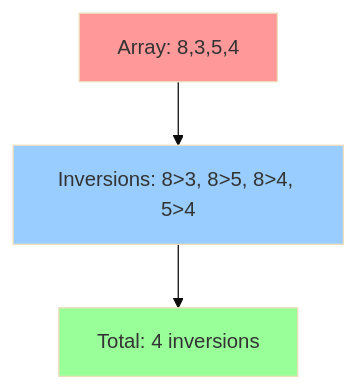
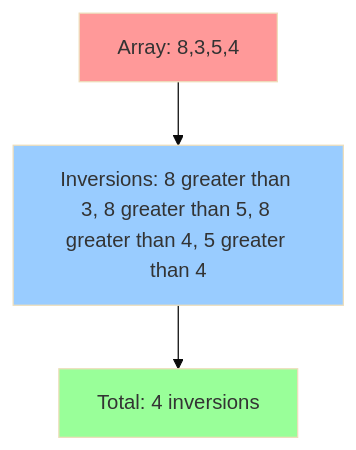
Before and after one commit to proxyroot/proxyroot.github.io: the sixth of 8 diagrams in _posts/2025-02-12-divide-and-conquer.markdown, drawn with Mermaid (base theme). The commit also changed other lines of this file, not shown here.

````diff
--- a/_posts/2025-02-12-divide-and-conquer.markdown
+++ b/_posts/2025-02-12-divide-and-conquer.markdown
@@ -336,12 +336,12 @@
 ```mermaid
 graph TD
     Start[Array: 8,3,5,4]
-    Inversions[Inversions: 8>3, 8>5, 8>4, 5>4]
+    Inversions[Inversions: 8 greater than 3, 8 greater than 5, 8 greater than 4, 5 greater than 4]
     Count[Total: 4 inversions]
     
     Start --> Inversions --> Count
     
     style Start fill:#ff9999
     style Inversions fill:#99ccff
     style Count fill:#99ff99
 ```
````
